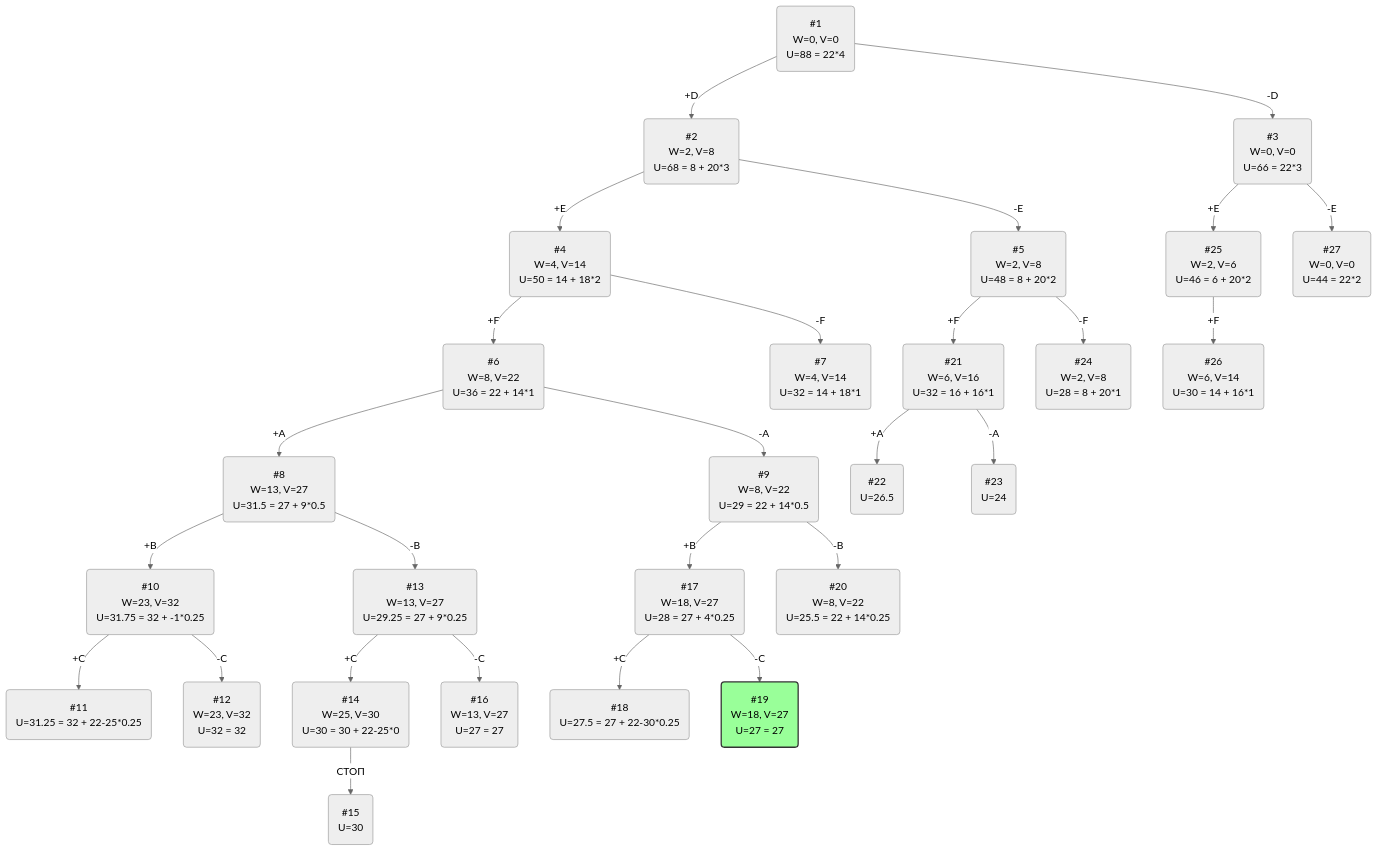
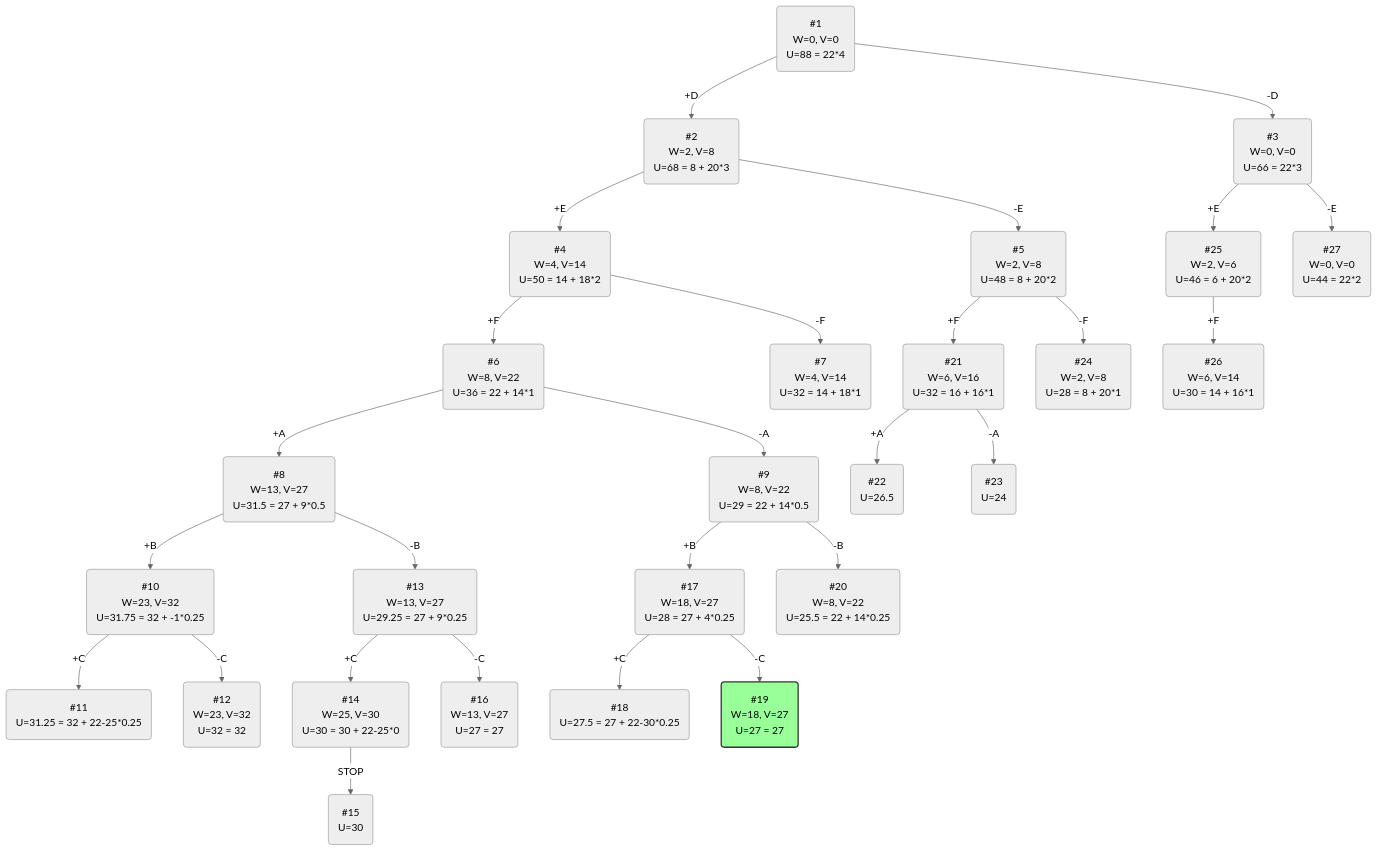
The diagram in task-11/digital-racers-task-11.md (hse-algo-24-crow/manual-tasks-crow), drawn with Mermaid (neutral theme) before and after one commit.

Commit message:
задание готово 11(fix)

````diff
--- a/task-11/digital-racers-task-11.md
+++ b/task-11/digital-racers-task-11.md
@@ -53,42 +53,40 @@
 ```mermaid
 graph TB
     1(#1\nW=0, V=0\nU=88 = 22*4) -->|+D| 2(#2\nW=2, V=8\nU=68 = 8 + 20*3)
     1 -->|-D| 3(#3\nW=0, V=0\nU=66 = 22*3)
 
+    3 -->|+E| 25(#25\nW=2, V=6\nU=46 = 6 + 20*2)
+    25 -->|+F| 26(#26\nW=6, V=14\nU=30 = 14 + 16*1)
+    3 -->|-E| 27(#27\nW=0, V=0\nU=44 = 22*2)
+
     2 -->|+E| 4(#4\nW=4, V=14\nU=50 = 14 + 18*2)
     2 -->|-E| 5(#5\nW=2, V=8\nU=48 = 8 + 20*2)
+
+    5 -->|+F| 21(#21\nW=6, V=16\nU=32 = 16 + 16*1)
+    21 -->|+A| 22(#22\nU=26.5)
+    21 -->|-A| 23(#23\nU=24)
+    5 -->|-F| 24(#24\nW=2, V=8\nU=28 = 8 + 20*1)
 
     4 -->|+F| 6(#6\nW=8, V=22\nU=36 = 22 + 14*1)
     4 -->|-F| 7(#7\nW=4, V=14\nU=32 = 14 + 18*1)
     
     6 -->|+A| 8(#8\nW=13, V=27\nU=31.5 = 27 + 9*0.5)
     6 -->|-A| 9(#9\nW=8, V=22\nU=29 = 22 + 14*0.5)
-
+    
     8 -->|+B| 10(#10\nW=23, V=32\nU=31.75 = 32 + -1*0.25)
     10 -->|+C| 11(#11\nU=31.25 = 32 + 22-25*0.25)
     10 -->|-C| 12(#12\nW=23, V=32\nU=32 = 32)
 
     8 -->|-B| 13(#13\nW=13, V=27\nU=29.25 = 27 + 9*0.25)
     13 -->|+C| 14(#14\nW=25, V=30\nU=30 = 30 + 22-25*0)
-    14 -->|СТОП| 15(#15\n U=30)
+    14 -->|STOP| 15(#15\n U=30)
     13 -->|-C| 16(#16\nW=13, V=27\nU=27 = 27)
     
     9 -->|+B| 17(#17\nW=18, V=27\nU=28 = 27 + 4*0.25)
     17 -->|+C| 18(#18\nU=27.5 = 27 + 22-30*0.25)
     17 -->|-C| 19(#19\nW=18, V=27\nU=27 = 27)
     
     9 -->|-B| 20(#20\nW=8, V=22\nU=25.5 = 22 + 14*0.25)
-
-    5 -->|+F| 21(#21\nW=6, V=16\nU=32 = 16 + 16*1)
-    21 -->|+A| 22(#22\nU=26.5)
-    21 -->|-A| 23(#23\nU=24)
-    
-    5 -->|-F| 24(#24\nW=2, V=8\nU=28 = 8 + 20*1)
-    
-    3 -->|+E| 25(#25\nW=2, V=6\nU=46 = 6 + 20*2)
-    25 -->|+F| 26(#26\nW=6, V=14\nU=30 = 14 + 16*1)
-    
-    3 -->|-E| 27(#27\nW=0, V=0\nU=44 = 22*2)
     
     style 19 fill:#9f9,stroke:#333,stroke-width:2px
 ```
````
